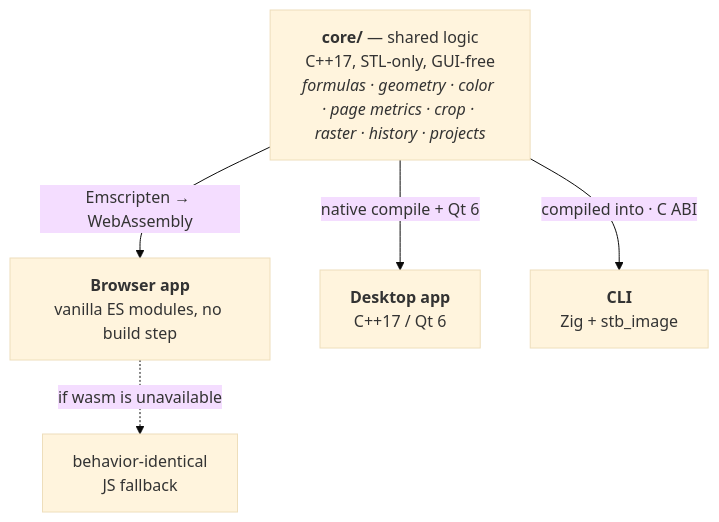
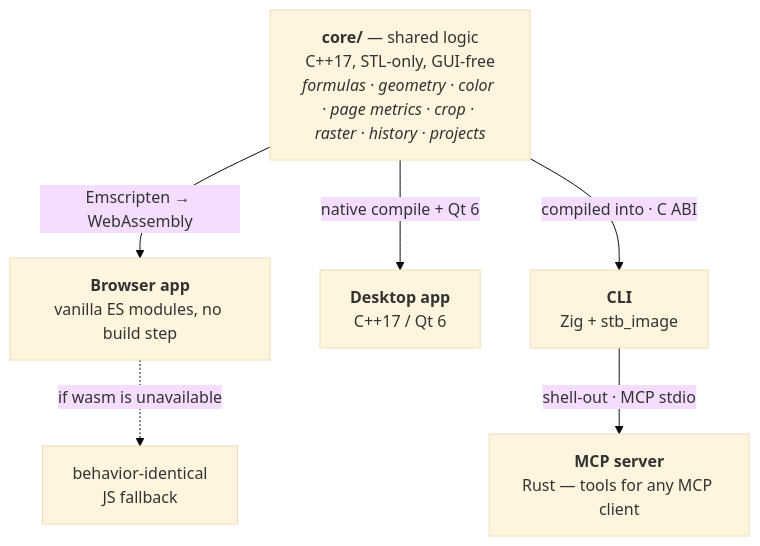
Before and after one commit to andrew1407/stencil: the diagram in README.md, drawn with Mermaid (base theme). The commit also changed other lines of this file and 20 other files, not shown here.

Commit message:
Add a Rust MCP server (mcp/) wrapping the Zig CLI as stencil_edit/stencil_probe tools over MCP stdio, with tests, a Dockerfile, a CI job, gitignore rules, and README/CLAUDE.md docs

````diff
--- a/README.md
+++ b/README.md
@@ -28,8 +29,9 @@
 ```mermaid
 graph TD
     CORE["<b>core/</b> — shared logic<br/>C++17, STL-only, GUI-free<br/><i>formulas · geometry · color · page metrics · crop · raster · history · projects</i>"]
     CORE -->|"Emscripten → WebAssembly"| WEB["<b>Browser app</b><br/>vanilla ES modules, no build step"]
     CORE -->|"native compile + Qt 6"| DESK["<b>Desktop app</b><br/>C++17 / Qt 6"]
     CORE -->|"compiled into · C ABI"| CLI["<b>CLI</b><br/>Zig + stb_image"]
     WEB -.->|"if wasm is unavailable"| FB["behavior-identical<br/>JS fallback"]
+    CLI -->|"shell-out · MCP stdio"| MCP["<b>MCP server</b><br/>Rust — tools for any MCP client"]
 ```
````
